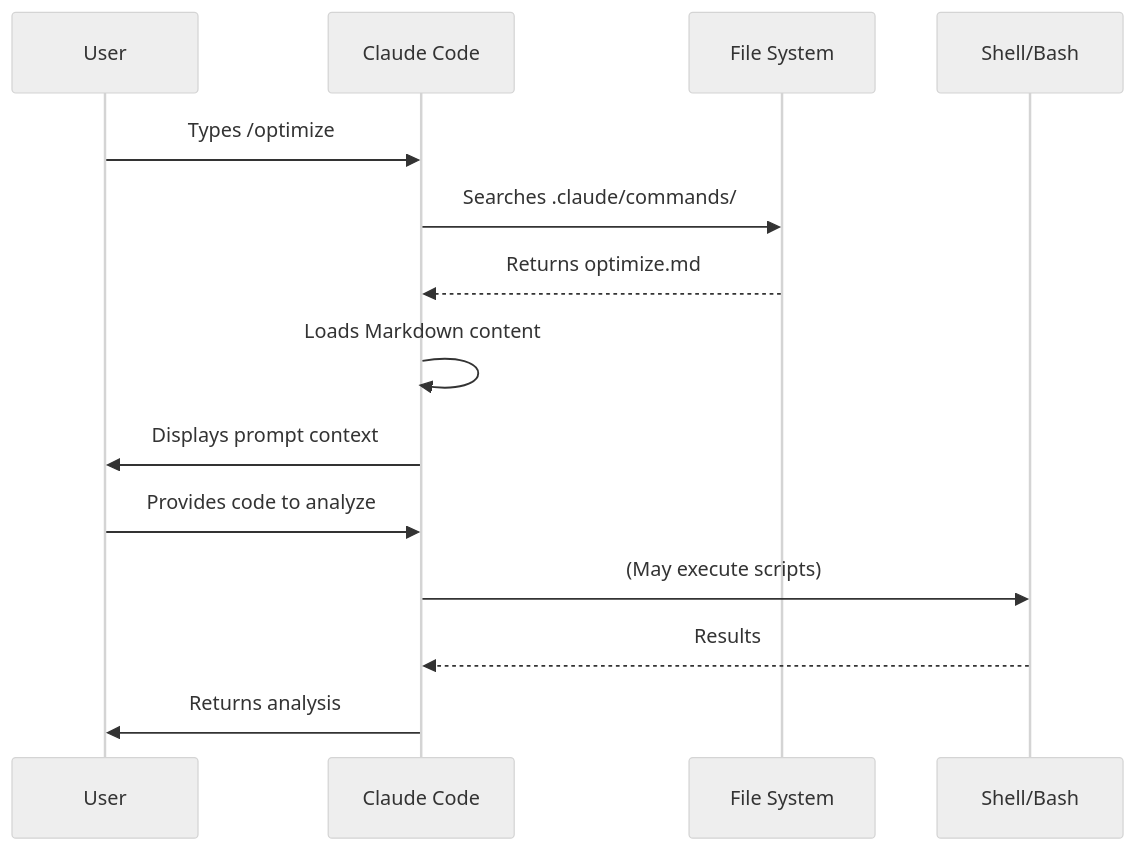
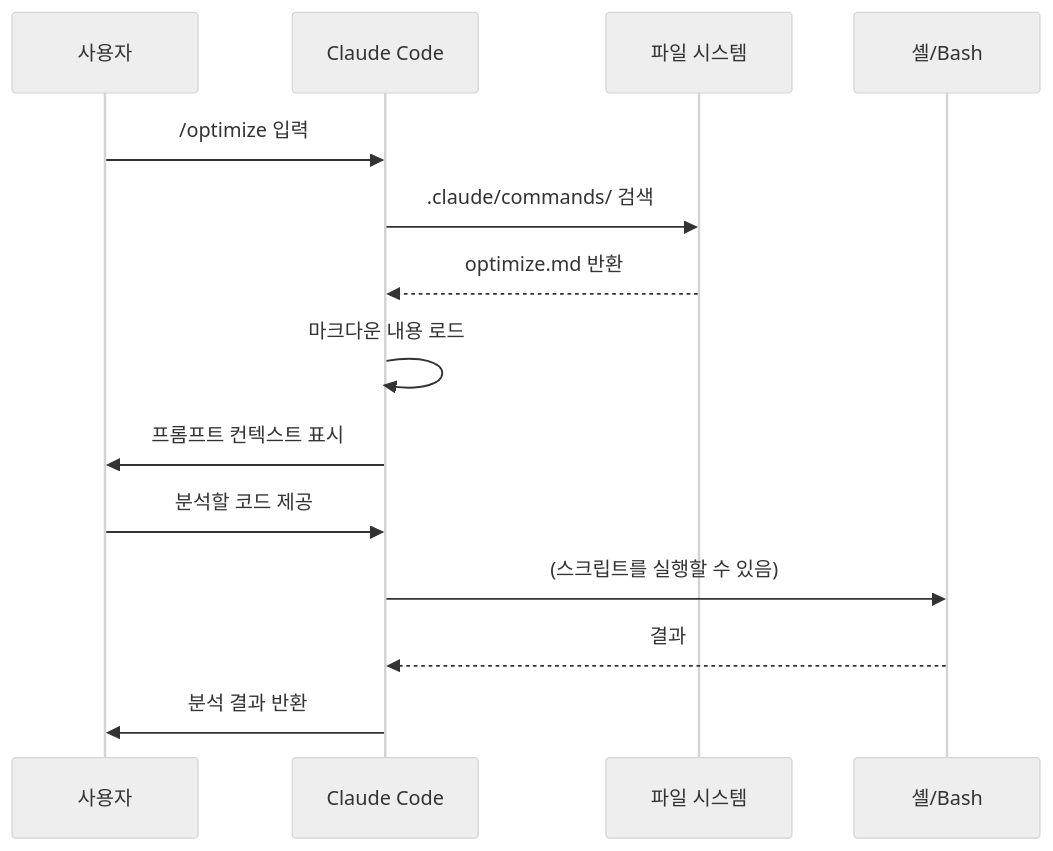
The third of 31 diagrams in claude_concepts_guide.md (KIMDONGWHEE99/howkorean), drawn with Mermaid (neutral theme) before and after one commit. The commit also changed other lines of this file, not shown here.

First line of the commit message:
docs(claude_concepts_guide): 한국어로 번역

````diff
--- a/claude_concepts_guide.md
+++ b/claude_concepts_guide.md
@@ -88,17 +88,17 @@
 ```mermaid
 sequenceDiagram
-    participant User
+    participant User as 사용자
     participant Claude as Claude Code
-    participant FS as File System
-    participant CLI as Shell/Bash
+    participant FS as 파일 시스템
+    participant CLI as 셸/Bash
 
-    User->>Claude: Types /optimize
-    Claude->>FS: Searches .claude/commands/
-    FS-->>Claude: Returns optimize.md
-    Claude->>Claude: Loads Markdown content
-    Claude->>User: Displays prompt context
-    User->>Claude: Provides code to analyze
-    Claude->>CLI: (May execute scripts)
-    CLI-->>Claude: Results
-    Claude->>User: Returns analysis
+    User->>Claude: /optimize 입력
+    Claude->>FS: .claude/commands/ 검색
+    FS-->>Claude: optimize.md 반환
+    Claude->>Claude: 마크다운 내용 로드
+    Claude->>User: 프롬프트 컨텍스트 표시
+    User->>Claude: 분석할 코드 제공
+    Claude->>CLI: (스크립트를 실행할 수 있음)
+    CLI-->>Claude: 결과
+    Claude->>User: 분석 결과 반환
 ```
````
